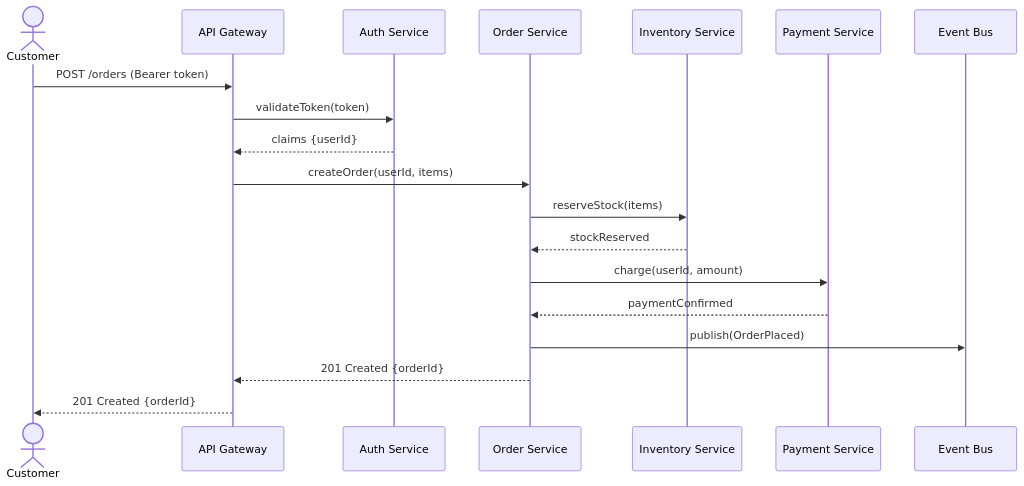
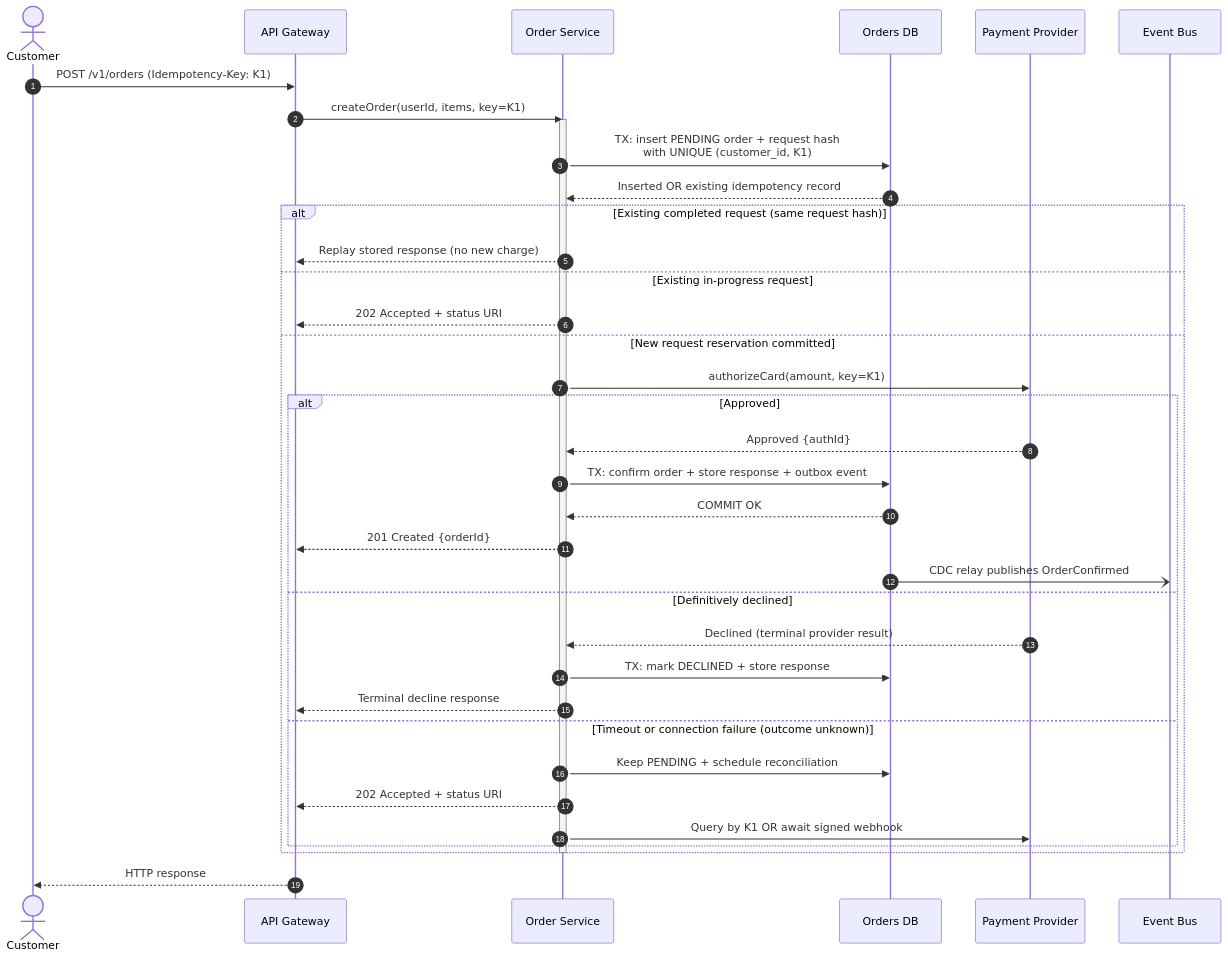
One commit to nitinkc/PrincipalEngineer_InterviewGuide changed the first of 4 diagrams in docs/02.02-uml-architects.md. Above: the diagram before and after it, drawn with Mermaid. The commit also changed other lines of this file and 27 other files, not shown here.

````diff
--- a/docs/02.02-uml-architects.md
+++ b/docs/02.02-uml-architects.md
@@ -58,22 +61,41 @@
 ```mermaid
 sequenceDiagram
+    autonumber
     actor Customer
-    participant API as API Gateway
-    participant Auth as Auth Service
+    participant GW as API Gateway
     participant Order as Order Service
-    participant Inventory as Inventory Service
-    participant Payment as Payment Service
+    participant DB as Orders DB
+    participant Payment as Payment Provider
     participant Bus as Event Bus
 
-    Customer->>API: POST /orders (Bearer token)
-    API->>Auth: validateToken(token)
-    Auth-->>API: claims {userId}
-    API->>Order: createOrder(userId, items)
-    Order->>Inventory: reserveStock(items)
-    Inventory-->>Order: stockReserved
-    Order->>Payment: charge(userId, amount)
-    Payment-->>Order: paymentConfirmed
-    Order->>Bus: publish(OrderPlaced)
-    Order-->>API: 201 Created {orderId}
-    API-->>Customer: 201 Created {orderId}
+    Customer->>GW: POST /v1/orders (Idempotency-Key: K1)
+    GW->>Order: createOrder(userId, items, key=K1)
+    activate Order
+    Order->>DB: TX: insert PENDING order + request hash<br/>with UNIQUE (customer_id, K1)
+    DB-->>Order: Inserted OR existing idempotency record
+
+    alt Existing completed request (same request hash)
+        Order-->>GW: Replay stored response (no new charge)
+    else Existing in-progress request
+        Order-->>GW: 202 Accepted + status URI
+    else New request reservation committed
+        Order->>Payment: authorizeCard(amount, key=K1)
+        alt Approved
+            Payment-->>Order: Approved {authId}
+            Order->>DB: TX: confirm order + store response + outbox event
+            DB-->>Order: COMMIT OK
+            Order-->>GW: 201 Created {orderId}
+            DB-)Bus: CDC relay publishes OrderConfirmed
+        else Definitively declined
+            Payment-->>Order: Declined (terminal provider result)
+            Order->>DB: TX: mark DECLINED + store response
+            Order-->>GW: Terminal decline response
+        else Timeout or connection failure (outcome unknown)
+            Order->>DB: Keep PENDING + schedule reconciliation
+            Order-->>GW: 202 Accepted + status URI
+            Order->>Payment: Query by K1 OR await signed webhook
+        end
+    end
+    deactivate Order
+    GW-->>Customer: HTTP response
 ```
````
